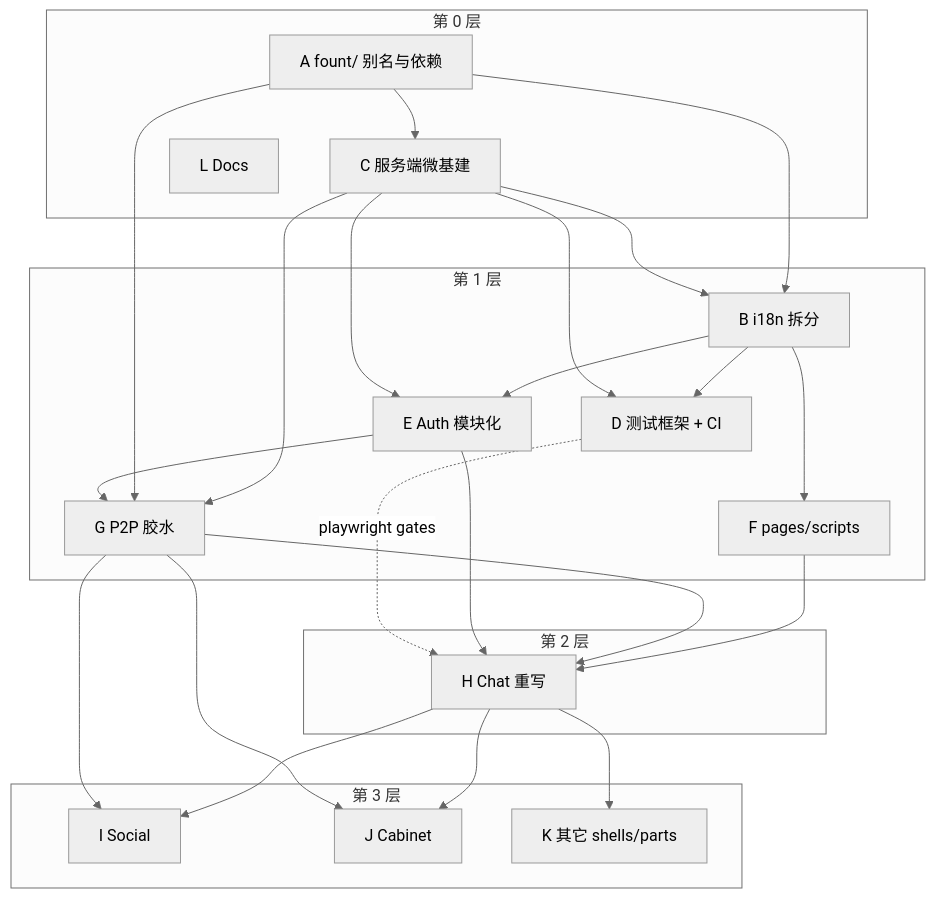
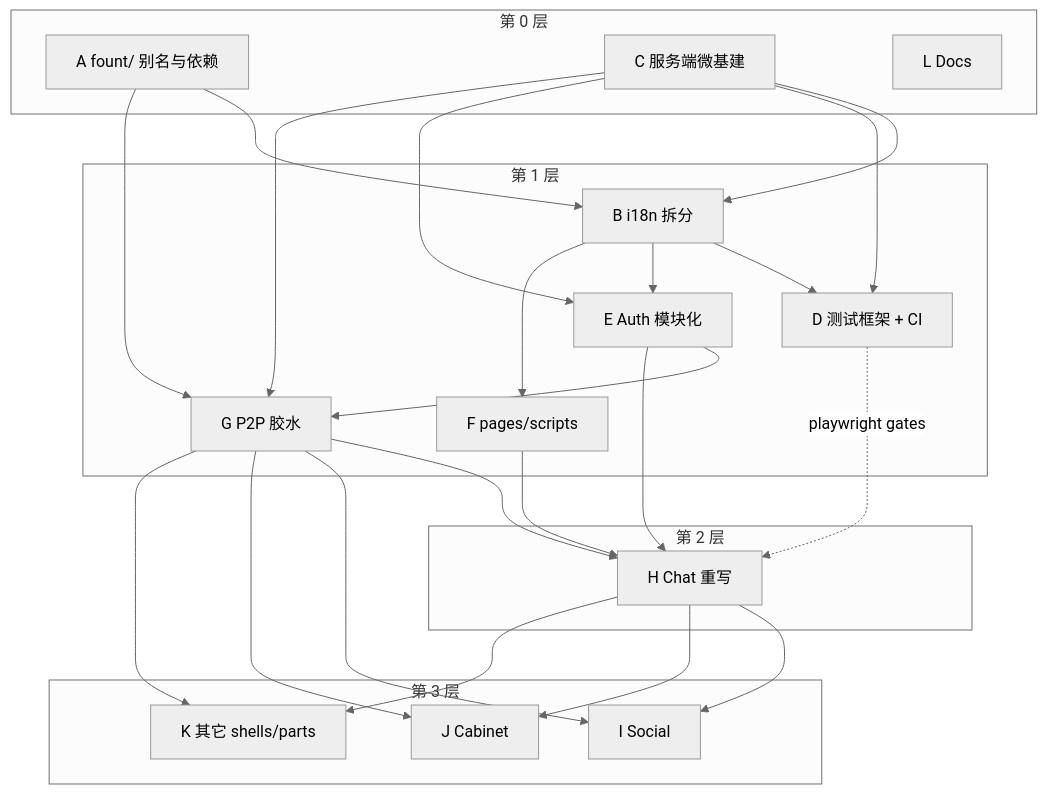
The diagram in docs/design/together-to-master-pr-plan.md (steve02081504/fount), drawn with Mermaid (neutral theme) before and after one commit. The commit also changed other lines of this file and 5 other files, not shown here.

````diff
--- a/docs/design/together-to-master-pr-plan.md
+++ b/docs/design/together-to-master-pr-plan.md
@@ -37,47 +37,47 @@
 ```mermaid
 flowchart TB
   subgraph L0["第 0 层"]
     A["A fount/ 别名与依赖"]
     C["C 服务端微基建"]
     L["L Docs"]
   end
 
   subgraph L1["第 1 层"]
     B["B i18n 拆分"]
     D["D 测试框架 + CI"]
     E["E Auth 模块化"]
     F["F pages/scripts"]
     G["G P2P 胶水"]
   end
 
   subgraph L2["第 2 层"]
     H["H Chat 重写"]
   end
 
   subgraph L3["第 3 层"]
     I["I Social"]
     J["J Cabinet"]
     K["K 其它 shells/parts"]
   end
 
-  A --> C
   A --> B
   C --> B
   B --> D
   B --> E
   B --> F
   C --> D
   C --> E
   C --> G
   A --> G
   E --> G
   F --> H
   G --> H
   E --> H
   D -.->|"playwright gates"| H
   H --> I
   H --> J
   H --> K
   G --> I
   G --> J
+  G --> K
 ```
````
